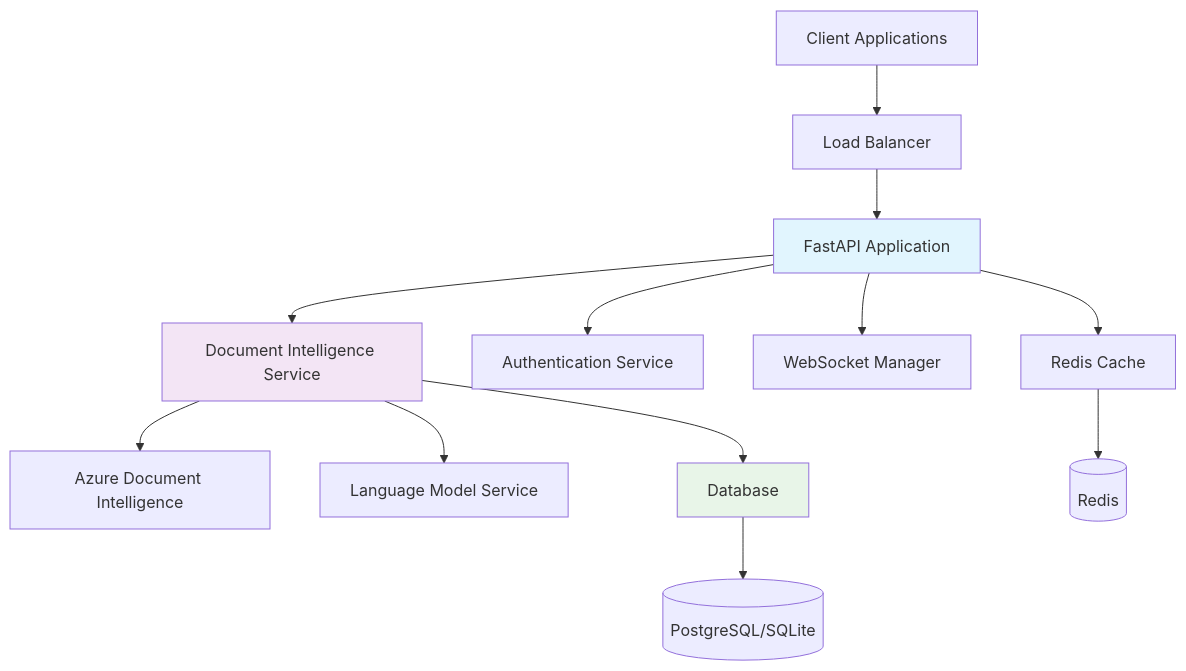
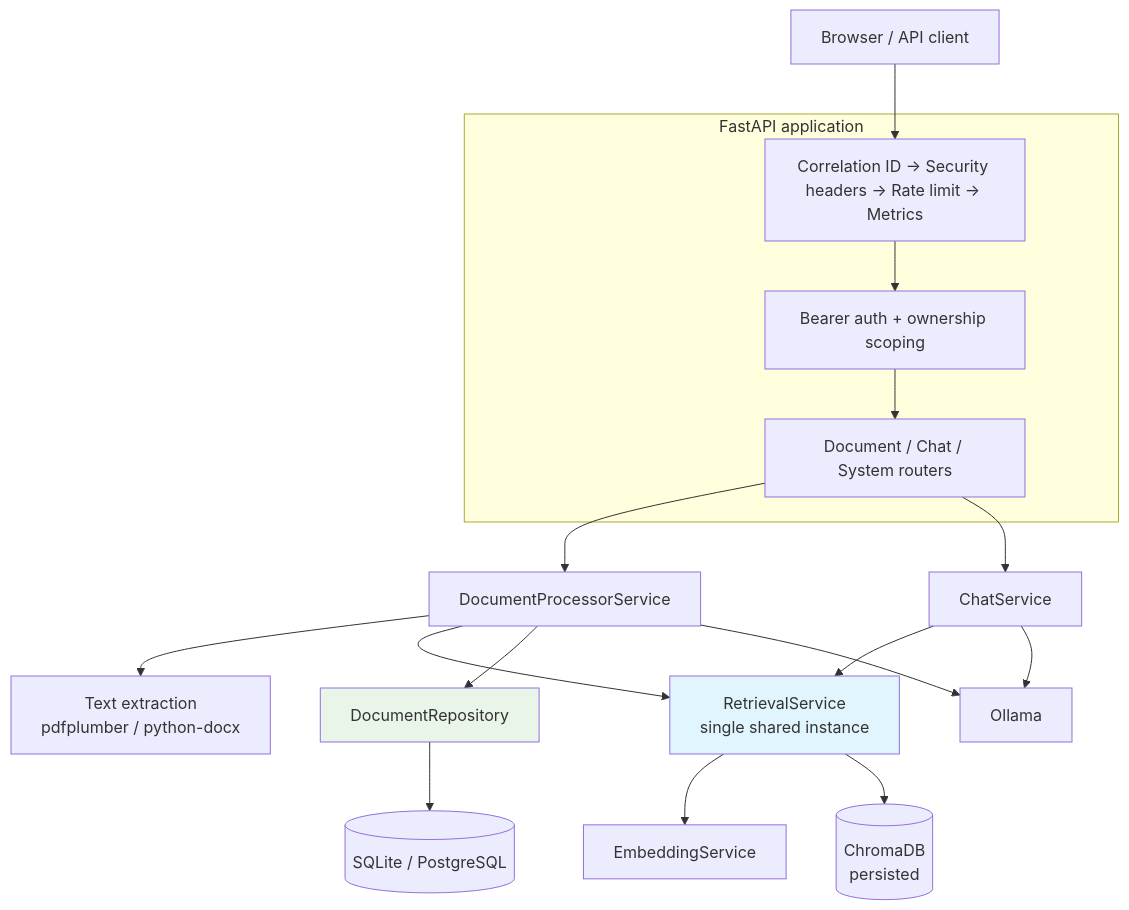
One commit to aaron-seq/Roneira-AI-LLM-powered-document-intelligence-system changed the diagram in README.md. Above: the diagram before and after it, drawn with Mermaid. The commit also changed other lines of this file and 46 other files, not shown here.

````diff
--- a/README.md
+++ b/README.md
@@ -30,21 +234,29 @@
 ```mermaid
 graph TB
-    A[Client Applications] --> B[Load Balancer]
-    B --> C[FastAPI Application]
-    C --> D[Document Intelligence Service]
-    C --> E[Authentication Service]
-    C --> F[WebSocket Manager]
-    
-    D --> G[Azure Document Intelligence]
-    D --> H[Language Model Service]
-    D --> I[Database]
-    
-    C --> J[Redis Cache]
-    
-    I --> K[(PostgreSQL/SQLite)]
-    J --> L[(Redis)]
-    
-    style C fill:#e1f5fe
-    style D fill:#f3e5f5
-    style I fill:#e8f5e8
+    Client[Browser / API client] --> MW
+
+    subgraph API["FastAPI application"]
+        MW[Correlation ID → Security headers → Rate limit → Metrics]
+        MW --> Auth[Bearer auth + ownership scoping]
+        Auth --> Routers[Document / Chat / System routers]
+    end
+
+    Routers --> Processor[DocumentProcessorService]
+    Routers --> Chat[ChatService]
+
+    Processor --> Extract[Text extraction<br/>pdfplumber / python-docx]
+    Processor --> Retrieval
+    Chat --> Retrieval
+
+    Retrieval[RetrievalService<br/>single shared instance] --> Embed[EmbeddingService]
+    Retrieval --> Vectors[(ChromaDB<br/>persisted)]
+
+    Processor --> Repo[DocumentRepository]
+    Chat --> LLM[Ollama]
+    Processor --> LLM
+
+    Repo --> DB[(SQLite / PostgreSQL)]
+
+    style Retrieval fill:#e1f5fe
+    style Repo fill:#e8f5e8
 ```
````
